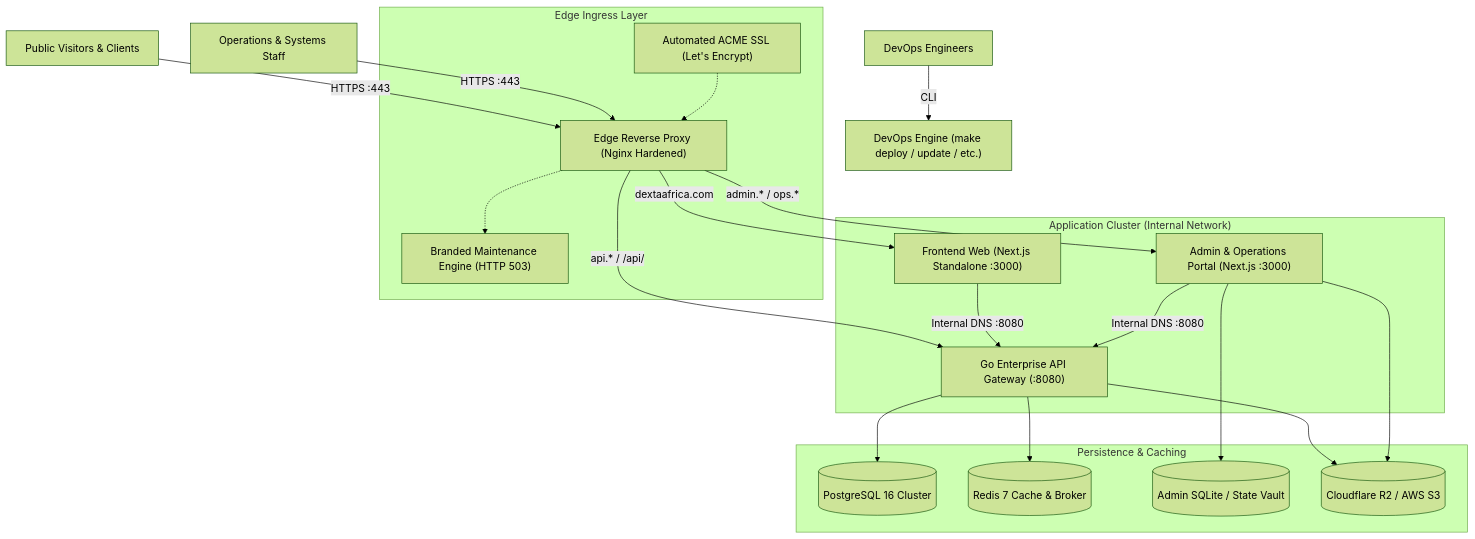
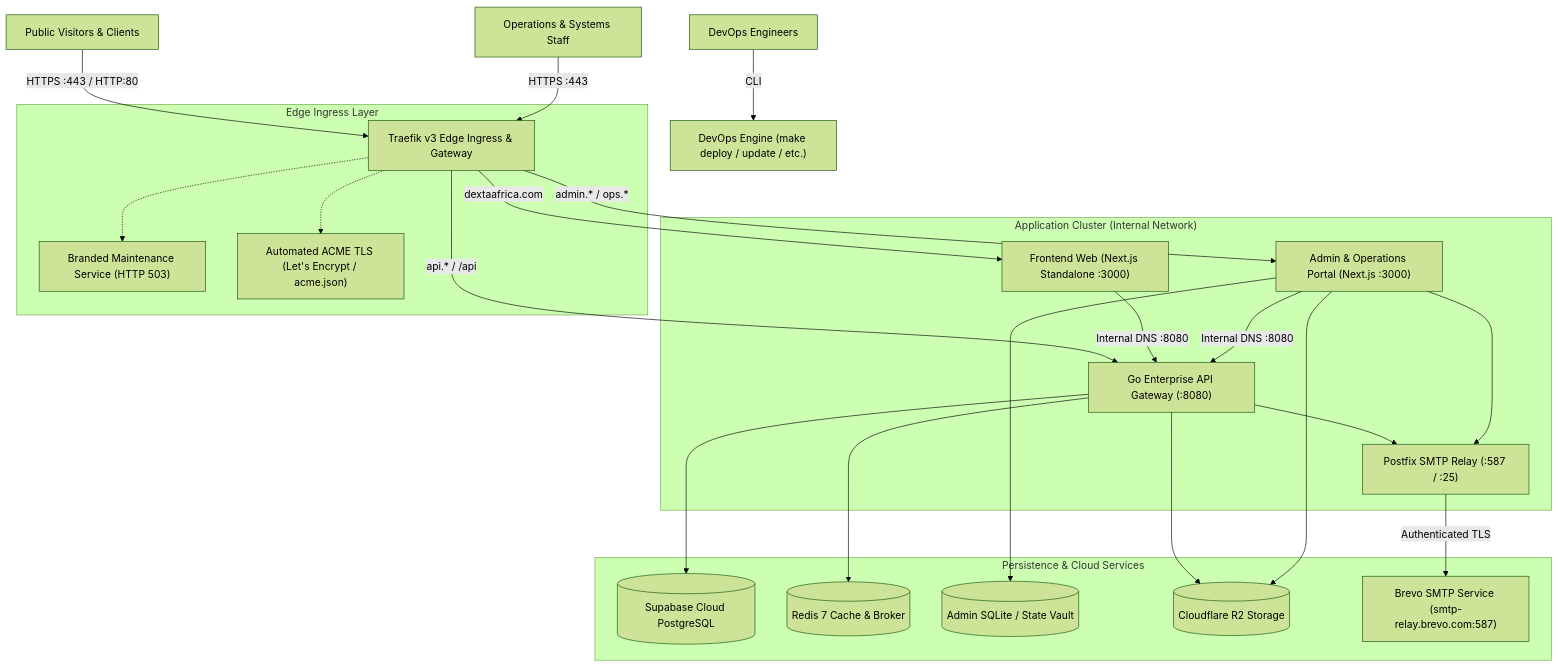
Before and after one commit to DextaAfrica/infrastructure: the diagram in README.md, drawn with Mermaid (forest theme). The commit also changed other lines of this file and 16 other files, not shown here.

````diff
--- a/README.md
+++ b/README.md
@@ -9,40 +9,47 @@
 ```mermaid
 graph TD
-    User["Public Visitors & Clients"] -->|HTTPS :443| Nginx["Edge Reverse Proxy (Nginx Hardened)"]
-    Staff["Operations & Systems Staff"] -->|HTTPS :443| Nginx
+    User["Public Visitors & Clients"] -->|HTTPS :443 / HTTP:80| Traefik["Traefik v3 Edge Ingress & Gateway"]
+    Staff["Operations & Systems Staff"] -->|HTTPS :443| Traefik
     Operator["DevOps Engineers"] -->|CLI| Makefile["DevOps Engine (make deploy / update / etc.)"]
 
     subgraph "Edge Ingress Layer"
-        Nginx
-        Maintenance["Branded Maintenance Engine (HTTP 503)"]
-        Certbot["Automated ACME SSL (Let's Encrypt)"]
-        Nginx -.-> Maintenance
-        Certbot -.-> Nginx
+        Traefik
+        Maintenance["Branded Maintenance Service (HTTP 503)"]
+        ACME["Automated ACME TLS (Let's Encrypt / acme.json)"]
+        Traefik -.-> Maintenance
+        Traefik -.-> ACME
     end
 
     subgraph "Application Cluster (Internal Network)"
         Frontend["Frontend Web (Next.js Standalone :3000)"]
         AdminPortal["Admin & Operations Portal (Next.js :3000)"]
         Backend["Go Enterprise API Gateway (:8080)"]
+        Postfix["Postfix SMTP Relay (:587 / :25)"]
     end
 
-    subgraph "Persistence & Caching"
-        Postgres[("PostgreSQL 16 Cluster")]
+    subgraph "Persistence & Cloud Services"
+        Supabase[("Supabase Cloud PostgreSQL")]
         Redis[("Redis 7 Cache & Broker")]
         AdminDB[("Admin SQLite / State Vault")]
-        CloudStorage[("Cloudflare R2 / AWS S3")]
+        CloudStorage[("Cloudflare R2 Storage")]
+        Brevo["Brevo SMTP Service (smtp-relay.brevo.com:587)"]
     end
 
-    Nginx -->|dextaafrica.com| Frontend
-    Nginx -->|admin.* / ops.*| AdminPortal
-    Nginx -->|api.* / /api/| Backend
+    Traefik -->|dextaafrica.com| Frontend
+    Traefik -->|admin.* / ops.*| AdminPortal
+    Traefik -->|api.* / /api| Backend
 
     Frontend -->|Internal DNS :8080| Backend
     AdminPortal -->|Internal DNS :8080| Backend
 
-    Backend --> Postgres
+    Backend --> Supabase
     Backend --> Redis
     Backend --> CloudStorage
+    Backend --> Postfix
+
     AdminPortal --> AdminDB
     AdminPortal --> CloudStorage
+    AdminPortal --> Postfix
+
+    Postfix -->|Authenticated TLS| Brevo
 ```
````
